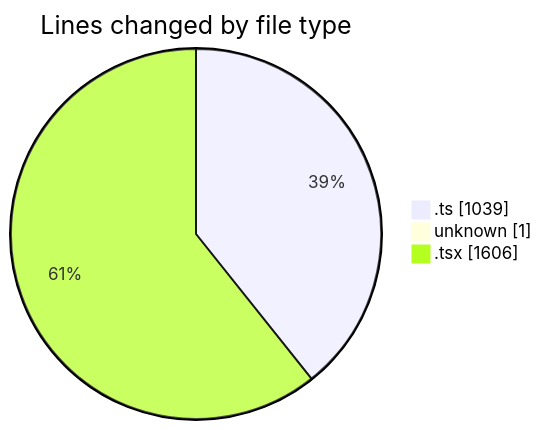
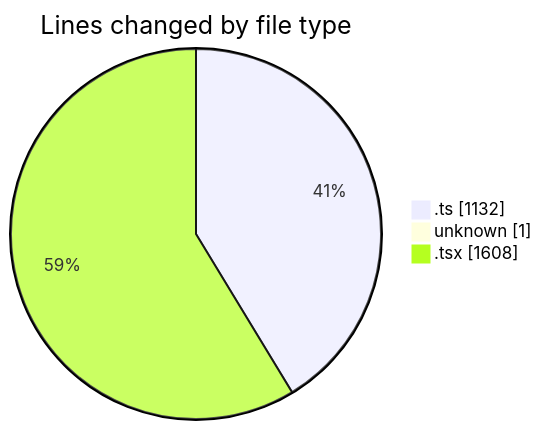
The first of 2 diagrams in 2025-02-17/mbc-web/README.md (robertbonfada/code-tracking), drawn with Mermaid before and after one commit. The commit also changed other lines of this file and 1 other file, not shown here.

````diff
--- a/2025-02-17/mbc-web/README.md
+++ b/2025-02-17/mbc-web/README.md
@@ -37,7 +37,7 @@
 ```mermaid
 pie showData
 title Lines changed by file type
-".ts" : 1039
+".ts" : 1132
 "unknown" : 1
-".tsx" : 1606
+".tsx" : 1608
 ```
````
